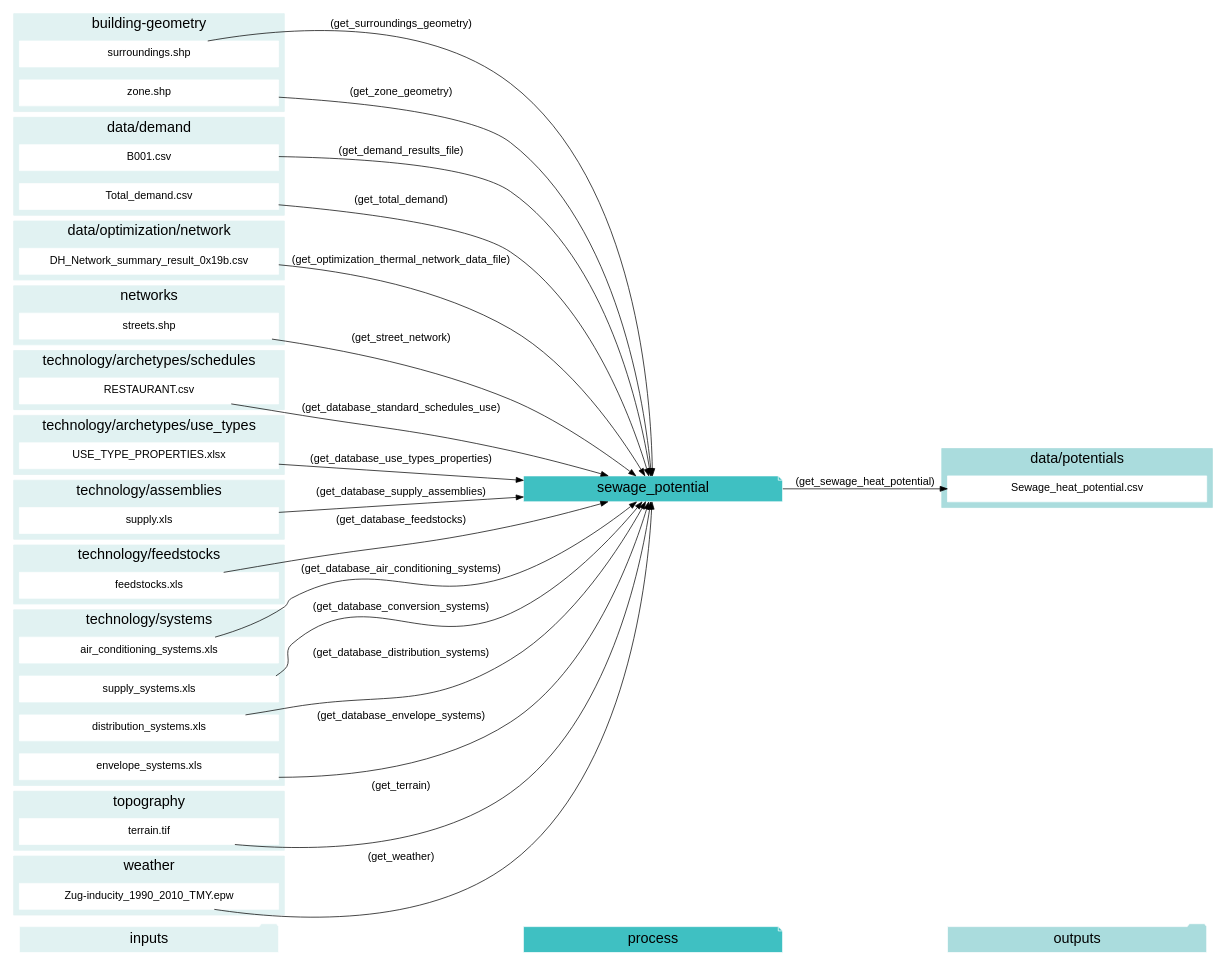
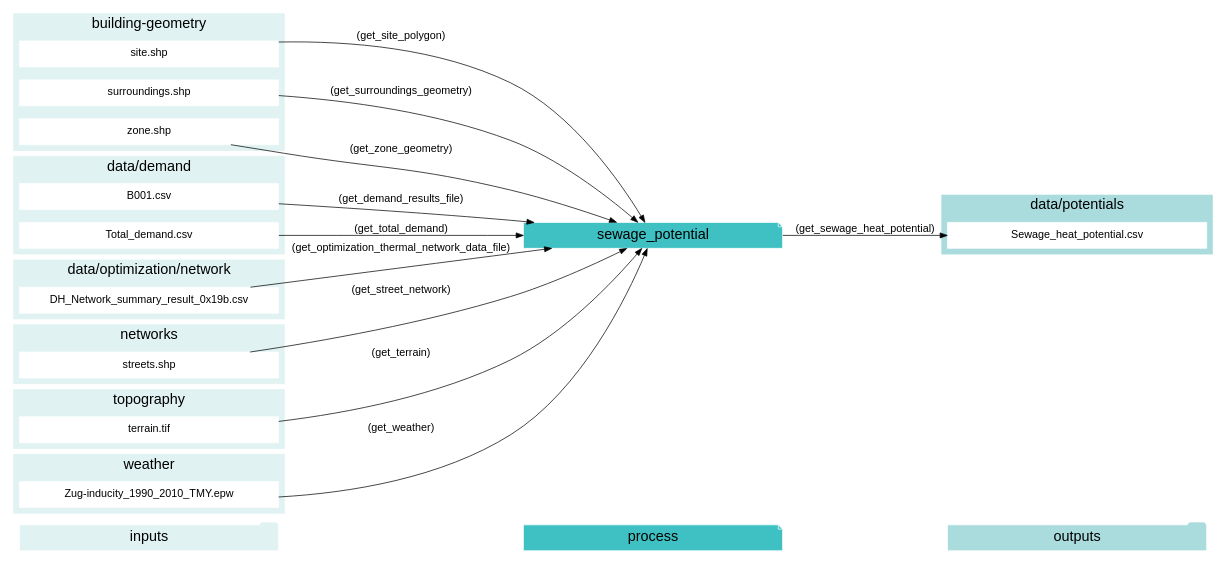
One commit to architecture-building-systems/CityEnergyAnalyst changed the diagram in docs/graphviz/sewage_potential.gv. Above: the diagram before and after it, drawn with Graphviz. The commit also changed 24 other files, not shown here.

```diff
--- a/docs/graphviz/sewage_potential.gv
+++ b/docs/graphviz/sewage_potential.gv
@@ -1,135 +1,86 @@
 digraph trace_inputlocator {
     rankdir="LR";
     graph [overlap=false, fontname=arial];
     node [shape=box, style=filled, color=white, fontsize=15, fontname=arial, fixedsize=true, width=5];
     edge [fontname=arial, fontsize = 15]
     newrank=true
     subgraph cluster_legend {
     fontsize=25
     style=invis
     "process"[style=filled, fillcolor="#3FC0C2", shape=note, fontsize=20, fontname="arial"]
     "inputs" [style=filled, shape=folder, color=white, fillcolor="#E1F2F2", fontsize=20]
     "outputs"[style=filled, shape=folder, color=white, fillcolor="#aadcdd", fontsize=20]
     "inputs"->"process"[style=invis]
     "process"->"outputs"[style=invis]
     }
     "sewage_potential"[style=filled, color=white, fillcolor="#3FC0C2", shape=note, fontsize=20, fontname=arial];
     subgraph cluster_0_in {
         style = filled;
         color = "#E1F2F2";
         fontsize = 20;
         rank=same;
         label="building-geometry";
+        "site.shp"
         "surroundings.shp"
         "zone.shp"
     }
     subgraph cluster_1_in {
         style = filled;
         color = "#E1F2F2";
         fontsize = 20;
         rank=same;
         label="data/demand";
         "B001.csv"
         "Total_demand.csv"
     }
     subgraph cluster_2_in {
         style = filled;
         color = "#E1F2F2";
         fontsize = 20;
         rank=same;
         label="data/optimization/network";
         "DH_Network_summary_result_0x19b.csv"
     }
     subgraph cluster_3_out {
         style = filled;
         color = "#aadcdd";
         fontsize = 20;
         rank=same;
         label="data/potentials";
         "Sewage_heat_potential.csv"
     }
     subgraph cluster_4_in {
         style = filled;
         color = "#E1F2F2";
         fontsize = 20;
         rank=same;
         label="networks";
         "streets.shp"
     }
     subgraph cluster_5_in {
         style = filled;
         color = "#E1F2F2";
         fontsize = 20;
         rank=same;
-        label="technology/archetypes/schedules";
-        "RESTAURANT.csv"
-    }
-    subgraph cluster_6_in {
-        style = filled;
-        color = "#E1F2F2";
-        fontsize = 20;
-        rank=same;
-        label="technology/archetypes/use_types";
-        "USE_TYPE_PROPERTIES.xlsx"
-    }
-    subgraph cluster_7_in {
-        style = filled;
-        color = "#E1F2F2";
-        fontsize = 20;
-        rank=same;
-        label="technology/assemblies";
-        "supply.xls"
-    }
-    subgraph cluster_8_in {
-        style = filled;
-        color = "#E1F2F2";
-        fontsize = 20;
-        rank=same;
-        label="technology/feedstocks";
-        "feedstocks.xls"
-    }
-    subgraph cluster_9_in {
-        style = filled;
-        color = "#E1F2F2";
-        fontsize = 20;
-        rank=same;
-        label="technology/systems";
-        "air_conditioning_systems.xls"
-        "supply_systems.xls"
-        "distribution_systems.xls"
-        "envelope_systems.xls"
-    }
-    subgraph cluster_10_in {
-        style = filled;
-        color = "#E1F2F2";
-        fontsize = 20;
-        rank=same;
         label="topography";
         "terrain.tif"
     }
-    subgraph cluster_11_in {
+    subgraph cluster_6_in {
         style = filled;
         color = "#E1F2F2";
         fontsize = 20;
         rank=same;
         label="weather";
         "Zug-inducity_1990_2010_TMY.epw"
     }
-    "air_conditioning_systems.xls" -> "sewage_potential"[label="(get_database_air_conditioning_systems)"]
-    "supply_systems.xls" -> "sewage_potential"[label="(get_database_conversion_systems)"]
-    "distribution_systems.xls" -> "sewage_potential"[label="(get_database_distribution_systems)"]
-    "envelope_systems.xls" -> "sewage_potential"[label="(get_database_envelope_systems)"]
-    "feedstocks.xls" -> "sewage_potential"[label="(get_database_feedstocks)"]
-    "RESTAURANT.csv" -> "sewage_potential"[label="(get_database_standard_schedules_use)"]
-    "supply.xls" -> "sewage_potential"[label="(get_database_supply_assemblies)"]
-    "USE_TYPE_PROPERTIES.xlsx" -> "sewage_potential"[label="(get_database_use_types_properties)"]
     "B001.csv" -> "sewage_potential"[label="(get_demand_results_file)"]
     "DH_Network_summary_result_0x19b.csv" -> "sewage_potential"[label="(get_optimization_thermal_network_data_file)"]
+    "site.shp" -> "sewage_potential"[label="(get_site_polygon)"]
     "streets.shp" -> "sewage_potential"[label="(get_street_network)"]
     "surroundings.shp" -> "sewage_potential"[label="(get_surroundings_geometry)"]
     "terrain.tif" -> "sewage_potential"[label="(get_terrain)"]
     "Total_demand.csv" -> "sewage_potential"[label="(get_total_demand)"]
     "Zug-inducity_1990_2010_TMY.epw" -> "sewage_potential"[label="(get_weather)"]
     "zone.shp" -> "sewage_potential"[label="(get_zone_geometry)"]
     "sewage_potential" -> "Sewage_heat_potential.csv"[label="(get_sewage_heat_potential)"]
     }
```
